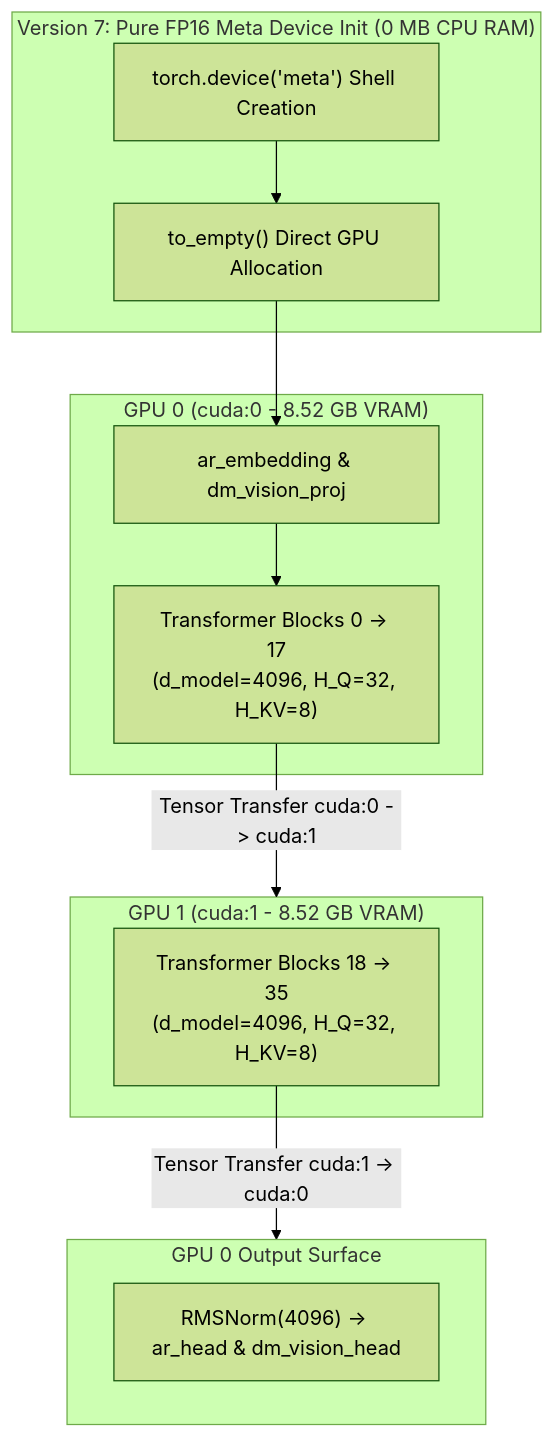
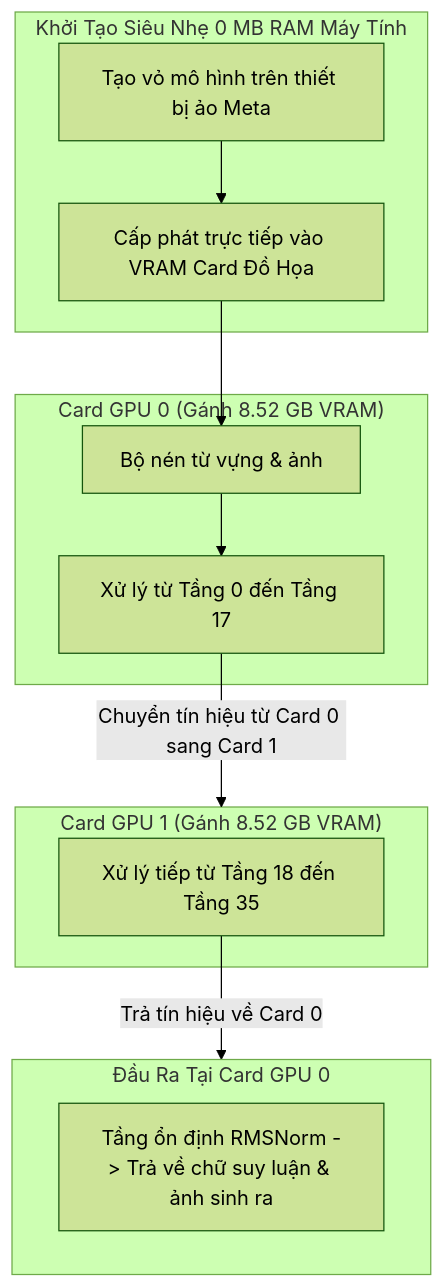
The eighth of 8 diagrams in VERSION_COMPARISON.md (datascience180806/mini_cosmos), drawn with Mermaid (forest theme) before and after one commit. The commit also changed other lines of this file, not shown here.

Commit message:
Simplify language in VERSION_COMPARISON.md by replacing math formulas and technical terms with clear, intuitive Vietnamese concepts

````diff
--- a/VERSION_COMPARISON.md
+++ b/VERSION_COMPARISON.md
@@ -230,23 +239,23 @@
 ```mermaid
 flowchart TD
-    subgraph V7_INIT["Version 7: Pure FP16 Meta Device Init (0 MB CPU RAM)"]
-        V7_META["torch.device('meta') Shell Creation"] --> V7_ALLOC["to_empty() Direct GPU Allocation"]
+    subgraph V7_INIT["Khởi Tạo Siêu Nhẹ 0 MB RAM Máy Tính"]
+        V7_META["Tạo vỏ mô hình trên thiết bị ảo Meta"] --> V7_ALLOC["Cấp phát trực tiếp vào VRAM Card Đồ Họa"]
     end
 
-    subgraph V7_GPU0["GPU 0 (cuda:0 - 8.52 GB VRAM)"]
-        V7_ALLOC --> V7_EMB0["ar_embedding & dm_vision_proj"]
-        V7_EMB0 --> V7_BLK0["Transformer Blocks 0 -> 17\n(d_model=4096, H_Q=32, H_KV=8)"]
+    subgraph V7_GPU0["Card GPU 0 (Gánh 8.52 GB VRAM)"]
+        V7_ALLOC --> V7_EMB0["Bộ nén từ vựng & ảnh"]
+        V7_EMB0 --> V7_BLK0["Xử lý từ Tầng 0 đến Tầng 17"]
     end
 
-    V7_BLK0 --> |Tensor Transfer cuda:0 -> cuda:1| V7_GPU1
+    V7_BLK0 --> |Chuyển tín hiệu từ Card 0 sang Card 1| V7_GPU1
 
-    subgraph V7_GPU1["GPU 1 (cuda:1 - 8.52 GB VRAM)"]
-        V7_GPU1_BLK["Transformer Blocks 18 -> 35\n(d_model=4096, H_Q=32, H_KV=8)"]
+    subgraph V7_GPU1["Card GPU 1 (Gánh 8.52 GB VRAM)"]
+        V7_GPU1_BLK["Xử lý tiếp từ Tầng 18 đến Tầng 35"]
     end
 
-    V7_GPU1_BLK --> |Tensor Transfer cuda:1 -> cuda:0| V7_HEADS
+    V7_GPU1_BLK --> |Trả tín hiệu về Card 0| V7_HEADS
 
-    subgraph V7_HEADS["GPU 0 Output Surface"]
-        V7_HEADS_RUN["RMSNorm(4096) -> ar_head & dm_vision_head"]
+    subgraph V7_HEADS["Đầu Ra Tại Card GPU 0"]
+        V7_HEADS_RUN["Tầng ổn định RMSNorm -> Trả về chữ suy luận & ảnh sinh ra"]
     end
 ```
````
